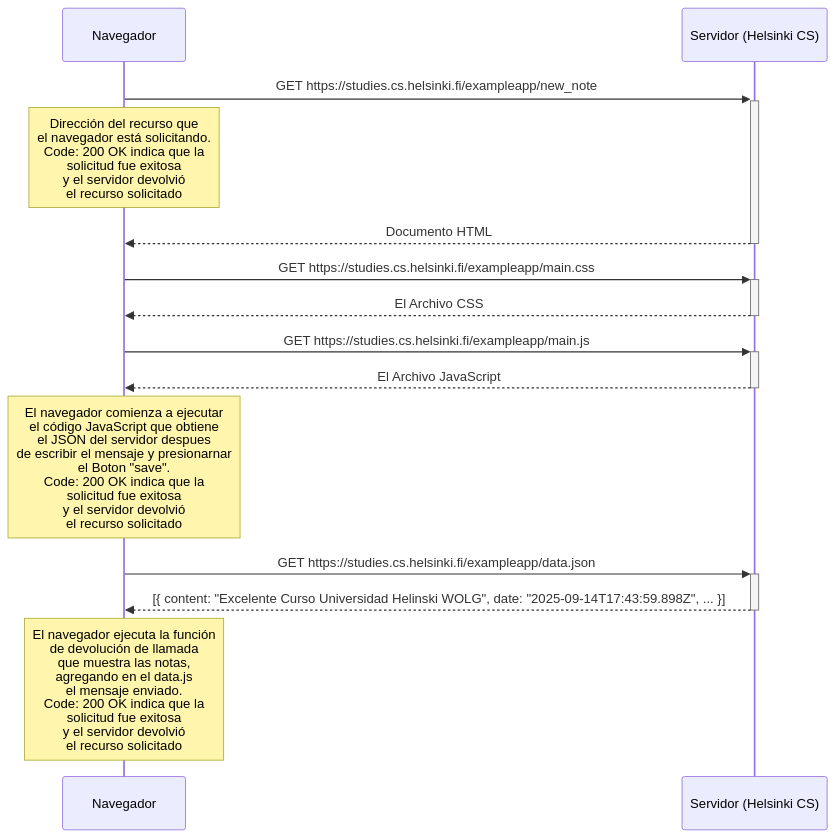
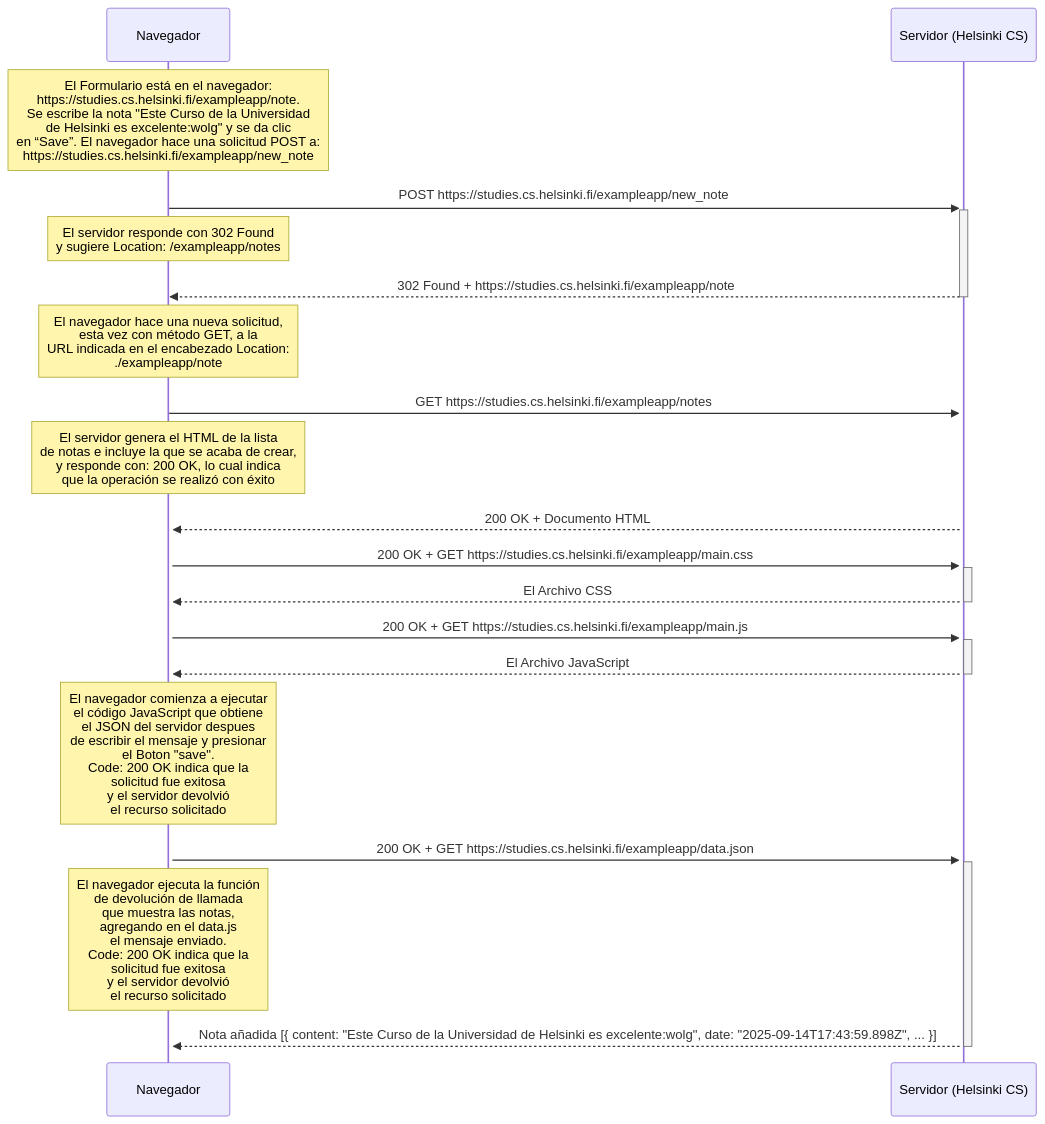
The diagram in part0/🎓 04 Nuevo diagrama de nota.md (wolg67/CursoUniversidadHelsinki), drawn with Mermaid before and after one commit. The commit also changed other lines of this file, not shown here.

Commit message:
Cambie texto dentro de la Tarea 04

````diff
--- a/part0/🎓 04 Nuevo diagrama de nota.md
+++ b/part0/🎓 04 Nuevo diagrama de nota.md
@@ -22,16 +22,21 @@
 ```mermaid
 sequenceDiagram
-participant browser as Navegador
-participant server as Servidor (Helsinki CS)
-browser ->>+ server: GET https://studies.cs.helsinki.fi/exampleapp/new_note
-Note over browser: Dirección del recurso que <br/>el navegador está solicitando. <br/>Code: 200 OK indica que la <br/>solicitud fue exitosa <br/>y el servidor devolvió <br/>el recurso solicitado
-server -->>- browser: Documento HTML 
-browser ->>+ server: GET https://studies.cs.helsinki.fi/exampleapp/main.css
-server -->>- browser: El Archivo CSS
-browser ->>+ server: GET https://studies.cs.helsinki.fi/exampleapp/main.js
-server -->>- browser: El Archivo JavaScript
-Note over browser: El navegador comienza a ejecutar <br/>el código JavaScript que obtiene <br/>el JSON del servidor despues <br/>de escribir el mensaje y presionarnar <br/> el Boton "save". <br/>Code: 200 OK indica que la <br/>solicitud fue exitosa <br/>y el servidor devolvió <br/>el recurso solicitado
-browser ->>+ server: GET https://studies.cs.helsinki.fi/exampleapp/data.json
-server -->>- browser: [{ content: "Excelente Curso Universidad Helinski WOLG", date: "2025-09-14T17:43:59.898Z", ... }]
-Note over browser: El navegador ejecuta la función <br/>de devolución de  llamada <br/>que muestra las notas, <br/>agregando en el data.js <br/>el mensaje enviado. <br/>Code: 200 OK indica que la <br/>solicitud fue exitosa <br/>y el servidor devolvió <br/>el recurso solicitado
+  participant browser as Navegador
+  participant server as Servidor (Helsinki CS)
+  Note over browser: El Formulario está en el navegador: <br>https://studies.cs.helsinki.fi/exampleapp/note.<br> Se escribe la nota "Este Curso de la Universidad <br/>de Helsinki es excelente:wolg" y se da clic <br>en “Save”. El navegador hace una solicitud POST a: <br>https://studies.cs.helsinki.fi/exampleapp/new_note
+  browser ->>+ server: POST https://studies.cs.helsinki.fi/exampleapp/new_note
+  Note over browser: El servidor responde con 302 Found <br/>y sugiere Location: /exampleapp/notes
+  server -->>- browser:  302 Found + https://studies.cs.helsinki.fi/exampleapp/note
+  Note over browser: El navegador hace una nueva solicitud, <br/>esta vez con método GET, a la <br/>URL indicada en el encabezado Location: <br/>./exampleapp/note
+  browser ->>+ server: GET https://studies.cs.helsinki.fi/exampleapp/notes
+  Note over browser: El servidor genera el HTML de la lista <br/>de notas e incluye la que se acaba de crear, <br/>y responde con: 200 OK, lo cual indica <br/>que la operación se realizó con éxito
+  server -->>+ browser: 200 OK + Documento HTML
+  browser ->>+ server: 200 OK + GET https://studies.cs.helsinki.fi/exampleapp/main.css
+  server -->>- browser: El Archivo CSS
+  browser ->>+ server: 200 OK + GET https://studies.cs.helsinki.fi/exampleapp/main.js
+  server -->>- browser: El Archivo JavaScript
+  Note over browser: El navegador comienza a ejecutar <br/>el código JavaScript que obtiene <br/>el JSON del servidor despues <br/>de escribir el mensaje y presionar <br/> el Boton "save". <br/>Code: 200 OK indica que la <br/>solicitud fue exitosa <br/>y el servidor devolvió <br/>el recurso solicitado
+  browser ->>+ server: 200 OK + GET https://studies.cs.helsinki.fi/exampleapp/data.json
+  Note over browser: El navegador ejecuta la función <br/>de devolución de  llamada <br/>que muestra las notas, <br/>agregando en el data.js <br/>el mensaje enviado. <br/>Code: 200 OK indica que la <br/>solicitud fue exitosa <br/>y el servidor devolvió <br/>el recurso solicitado
+  server -->>- browser: Nota añadida [{ content: "Este Curso de la Universidad de Helsinki es excelente:wolg", date: "2025-09-14T17:43:59.898Z", ... }]
 ```
````
